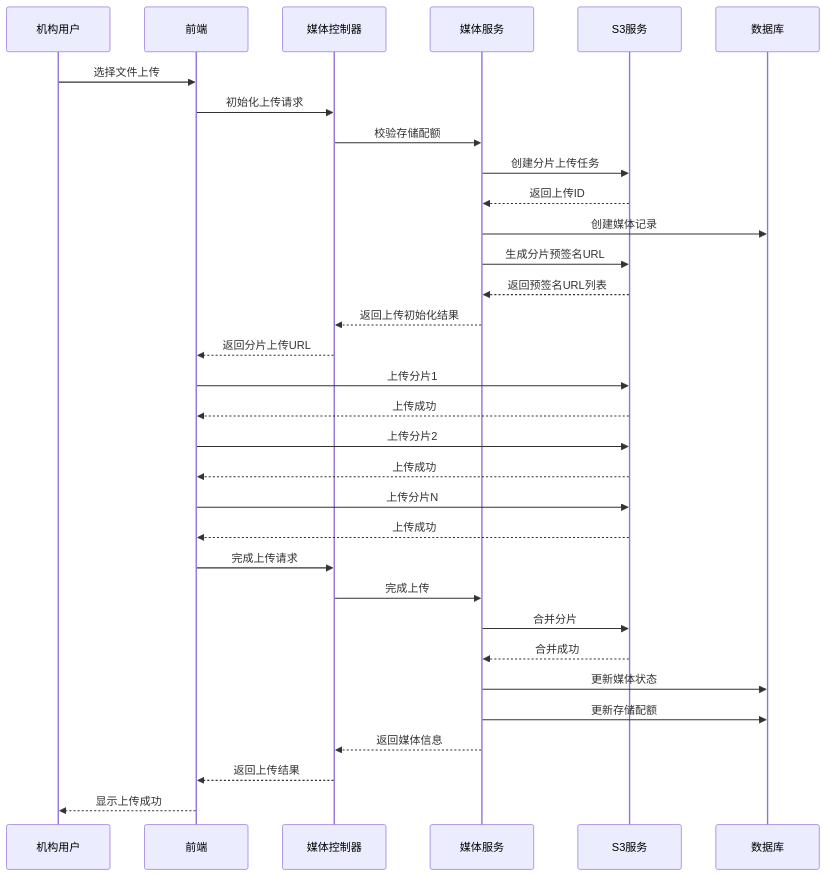
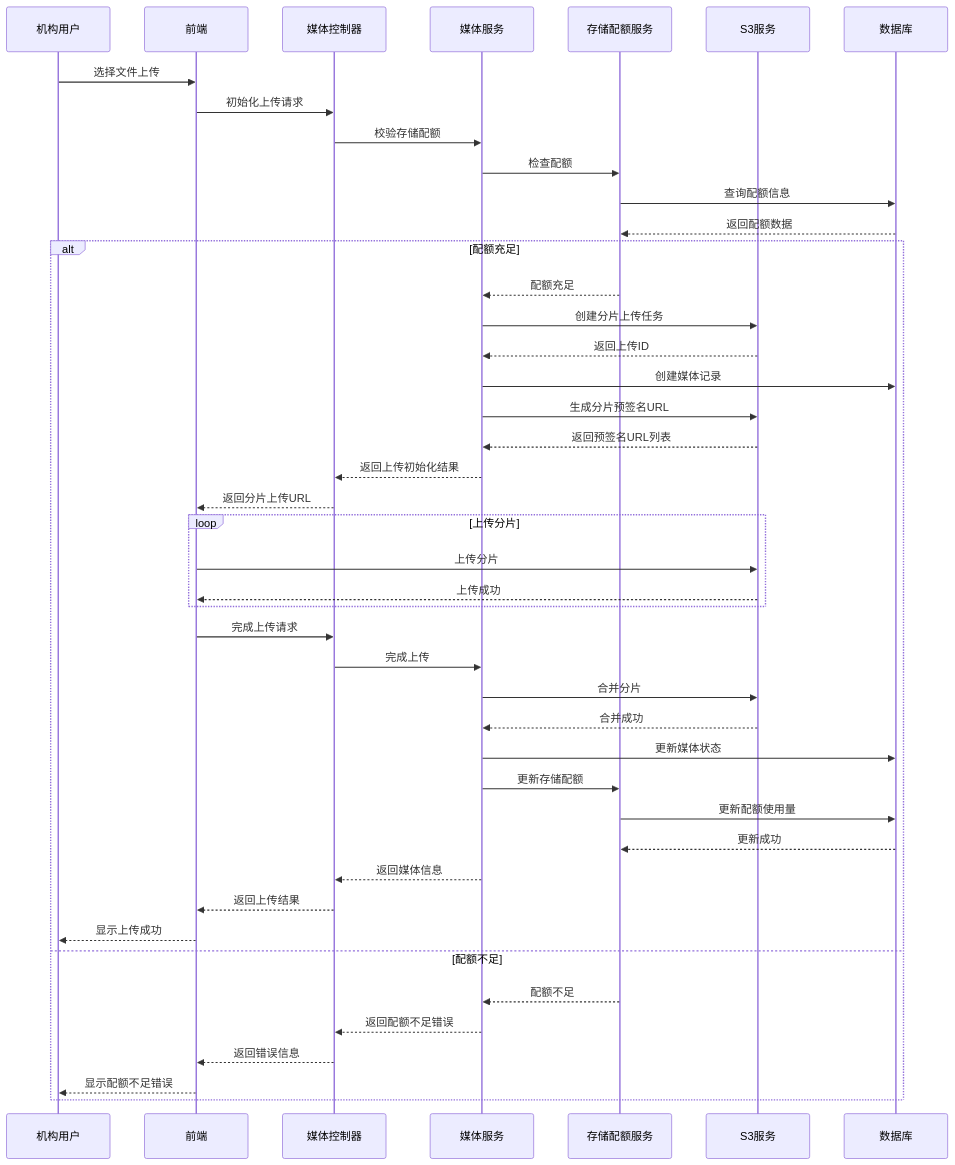
Before and after one commit to michealmachine/course: diagram 11 of 11 in docs/当前进度描述.md, drawn with Mermaid. The commit also changed other lines of this file and 5 other files, not shown here.

````diff
--- a/docs/当前进度描述.md
+++ b/docs/当前进度描述.md
@@ -271,37 +549,50 @@
 ```mermaid
 sequenceDiagram
     participant 机构用户
     participant 前端
     participant 媒体控制器
     participant 媒体服务
+    participant 存储配额服务
     participant S3服务
     participant 数据库
     
     机构用户->>前端: 选择文件上传
     前端->>媒体控制器: 初始化上传请求
     媒体控制器->>媒体服务: 校验存储配额
-    媒体服务->>S3服务: 创建分片上传任务
-    S3服务-->>媒体服务: 返回上传ID
-    媒体服务->>数据库: 创建媒体记录
-    媒体服务->>S3服务: 生成分片预签名URL
-    S3服务-->>媒体服务: 返回预签名URL列表
-    媒体服务-->>媒体控制器: 返回上传初始化结果
-    媒体控制器-->>前端: 返回分片上传URL
+    媒体服务->>存储配额服务: 检查配额
+    存储配额服务->>数据库: 查询配额信息
+    数据库-->>存储配额服务: 返回配额数据
     
-    前端->>S3服务: 上传分片1
-    S3服务-->>前端: 上传成功
-    前端->>S3服务: 上传分片2
-    S3服务-->>前端: 上传成功
-    前端->>S3服务: 上传分片N
-    S3服务-->>前端: 上传成功
-    
-    前端->>媒体控制器: 完成上传请求
-    媒体控制器->>媒体服务: 完成上传
-    媒体服务->>S3服务: 合并分片
-    S3服务-->>媒体服务: 合并成功
-    媒体服务->>数据库: 更新媒体状态
-    媒体服务->>数据库: 更新存储配额
-    媒体服务-->>媒体控制器: 返回媒体信息
-    媒体控制器-->>前端: 返回上传结果
-    前端-->>机构用户: 显示上传成功
+    alt 配额充足
+        存储配额服务-->>媒体服务: 配额充足
+        媒体服务->>S3服务: 创建分片上传任务
+        S3服务-->>媒体服务: 返回上传ID
+        媒体服务->>数据库: 创建媒体记录
+        媒体服务->>S3服务: 生成分片预签名URL
+        S3服务-->>媒体服务: 返回预签名URL列表
+        媒体服务-->>媒体控制器: 返回上传初始化结果
+        媒体控制器-->>前端: 返回分片上传URL
+        
+        loop 上传分片
+            前端->>S3服务: 上传分片
+            S3服务-->>前端: 上传成功
+        end
+        
+        前端->>媒体控制器: 完成上传请求
+        媒体控制器->>媒体服务: 完成上传
+        媒体服务->>S3服务: 合并分片
+        S3服务-->>媒体服务: 合并成功
+        媒体服务->>数据库: 更新媒体状态
+        媒体服务->>存储配额服务: 更新存储配额
+        存储配额服务->>数据库: 更新配额使用量
+        数据库-->>存储配额服务: 更新成功
+        媒体服务-->>媒体控制器: 返回媒体信息
+        媒体控制器-->>前端: 返回上传结果
+        前端-->>机构用户: 显示上传成功
+    else 配额不足
+        存储配额服务-->>媒体服务: 配额不足
+        媒体服务-->>媒体控制器: 返回配额不足错误
+        媒体控制器-->>前端: 返回错误信息
+        前端-->>机构用户: 显示配额不足错误
+    end
 ```
````
